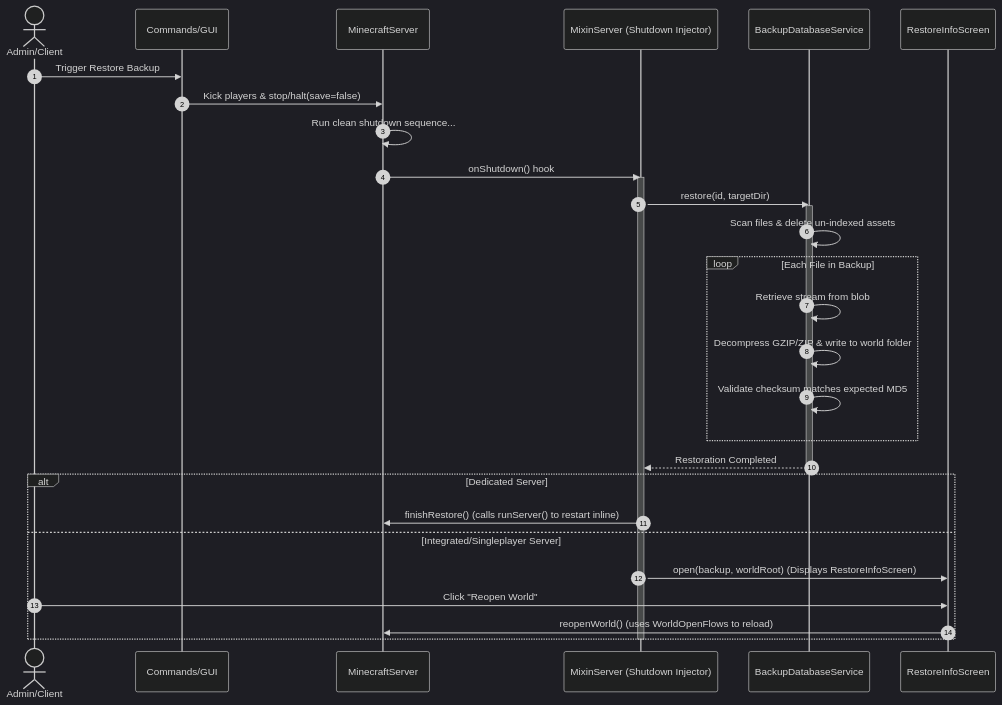
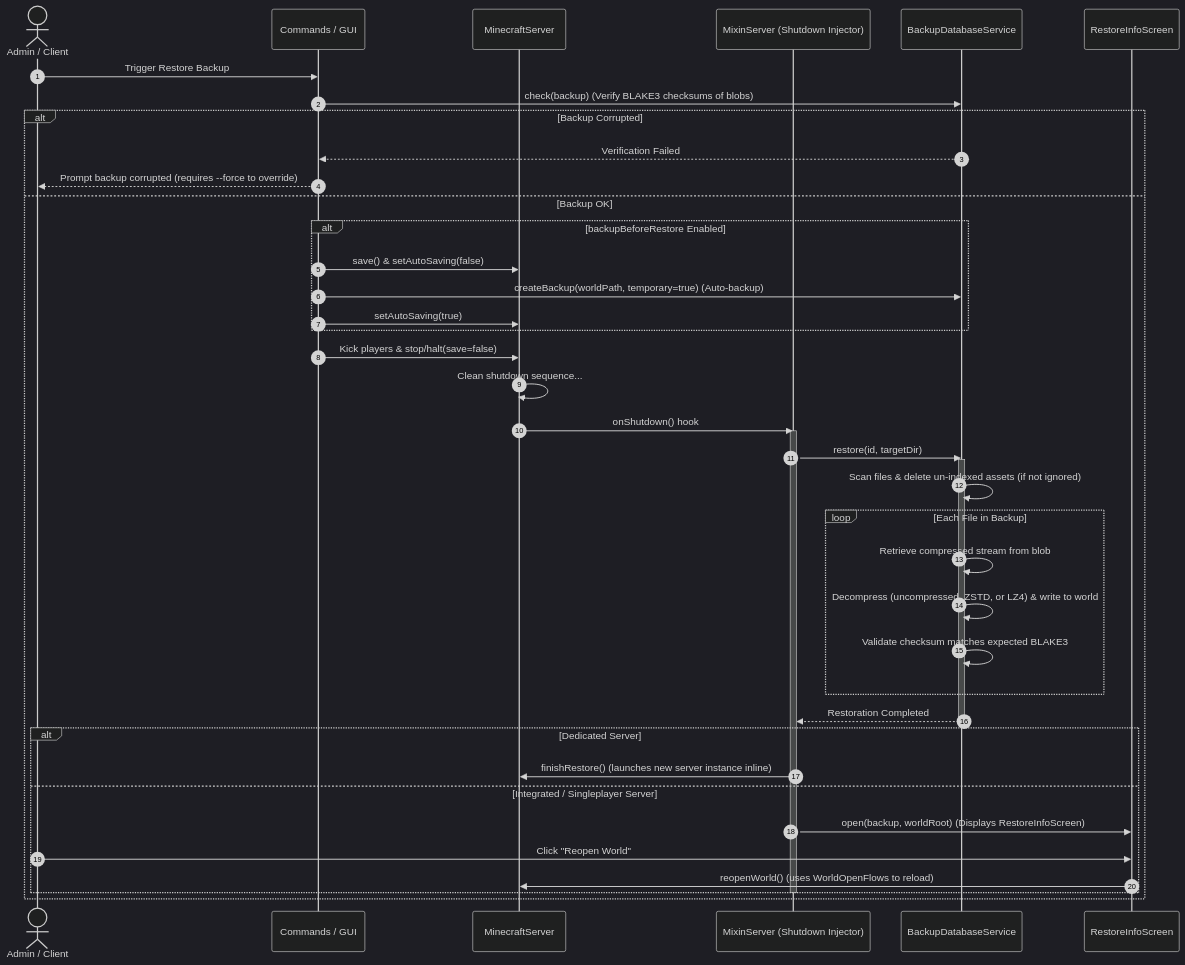
Before and after one commit to lnminh1411/x-backup: the third of 4 diagrams in project_map.md, drawn with Mermaid (dark theme). The commit also changed other lines of this file and 11 other files, not shown here.

````diff
--- a/project_map.md
+++ b/project_map.md
@@ -114,35 +158,48 @@
 ```mermaid
 sequenceDiagram
     autonumber
-    actor Admin as Admin/Client
-    participant Cmd as Commands/GUI
+    actor Admin as Admin / Client
+    participant Cmd as Commands / GUI
     participant MS as MinecraftServer
     participant Mixin as MixinServer (Shutdown Injector)
     participant DB as BackupDatabaseService
     participant GUI as RestoreInfoScreen
 
     Admin->>Cmd: Trigger Restore Backup #ID
-    Cmd->>MS: Kick players & stop/halt(save=false)
-    MS->>MS: Run clean shutdown sequence...
-    MS->>Mixin: onShutdown() hook
-    activate Mixin
-    Mixin->>DB: restore(id, targetDir)
-    activate DB
-    DB->>DB: Scan files & delete un-indexed assets
-    loop Each File in Backup
-        DB->>DB: Retrieve stream from blob
-        DB->>DB: Decompress GZIP/ZIP & write to world folder
-        DB->>DB: Validate checksum matches expected MD5
+    Cmd->>DB: check(backup) (Verify BLAKE3 checksums of blobs)
+    
+    alt Backup Corrupted
+        DB-->>Cmd: Verification Failed
+        Cmd-->>Admin: Prompt backup corrupted (requires --force to override)
+    else Backup OK
+        alt backupBeforeRestore Enabled
+            Cmd->>MS: save() & setAutoSaving(false)
+            Cmd->>DB: createBackup(worldPath, temporary=true) (Auto-backup)
+            Cmd->>MS: setAutoSaving(true)
+        end
+        
+        Cmd->>MS: Kick players & stop/halt(save=false)
+        MS->>MS: Clean shutdown sequence...
+        MS->>Mixin: onShutdown() hook
+        activate Mixin
+        Mixin->>DB: restore(id, targetDir)
+        activate DB
+        DB->>DB: Scan files & delete un-indexed assets (if not ignored)
+        loop Each File in Backup
+            DB->>DB: Retrieve compressed stream from blob
+            DB->>DB: Decompress (uncompressed, ZSTD, or LZ4) & write to world
+            DB->>DB: Validate checksum matches expected BLAKE3
+        end
+        DB-->>Mixin: Restoration Completed
+        deactivate DB
+        
+        alt Dedicated Server
+            Mixin->>MS: finishRestore() (launches new server instance inline)
+        else Integrated / Singleplayer Server
+            Mixin->>GUI: open(backup, worldRoot) (Displays RestoreInfoScreen)
+            Admin->>GUI: Click "Reopen World"
+            GUI->>MS: reopenWorld() (uses WorldOpenFlows to reload)
+        end
+        deactivate Mixin
     end
-    DB-->>Mixin: Restoration Completed
-    deactivate DB
-    
-    alt Dedicated Server
-        Mixin->>MS: finishRestore() (calls runServer() to restart inline)
-    else Integrated/Singleplayer Server
-        Mixin->>GUI: open(backup, worldRoot) (Displays RestoreInfoScreen)
-        Admin->>GUI: Click "Reopen World"
-        GUI->>MS: reopenWorld() (uses WorldOpenFlows to reload)
-    end
-    deactivate Mixin
 ```
````
